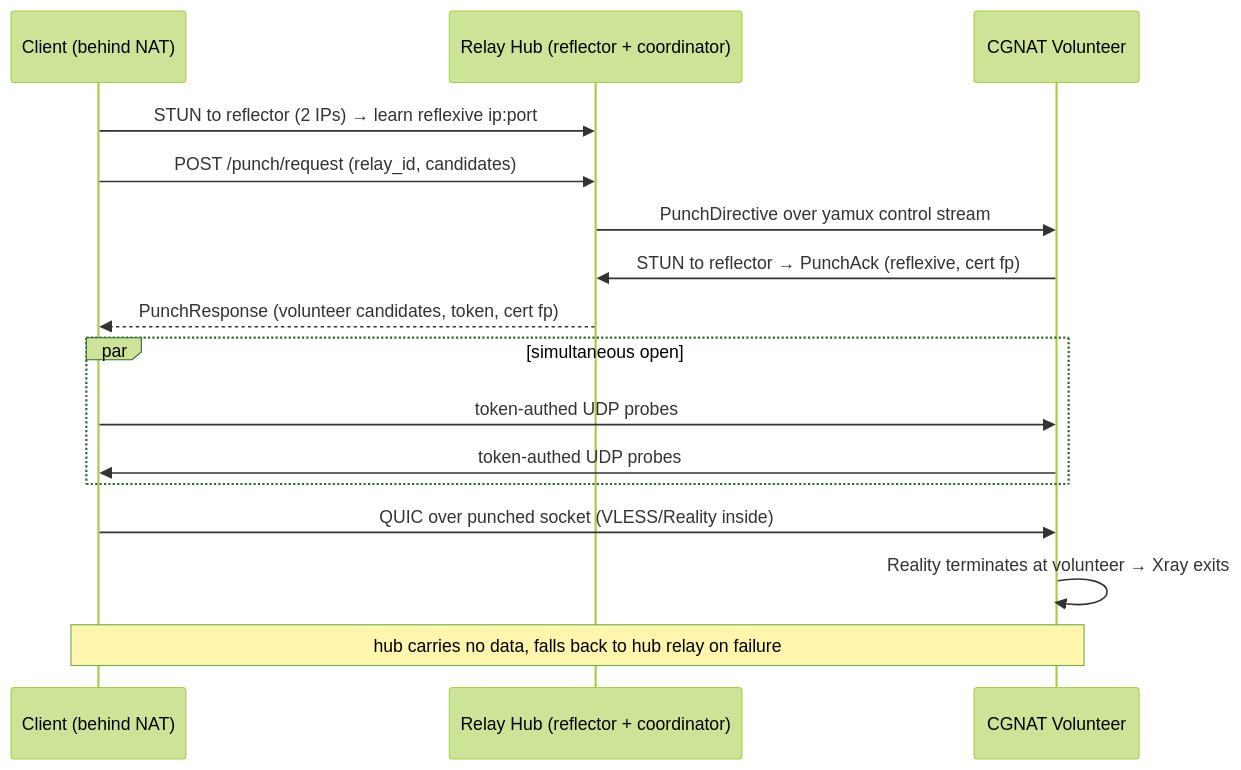
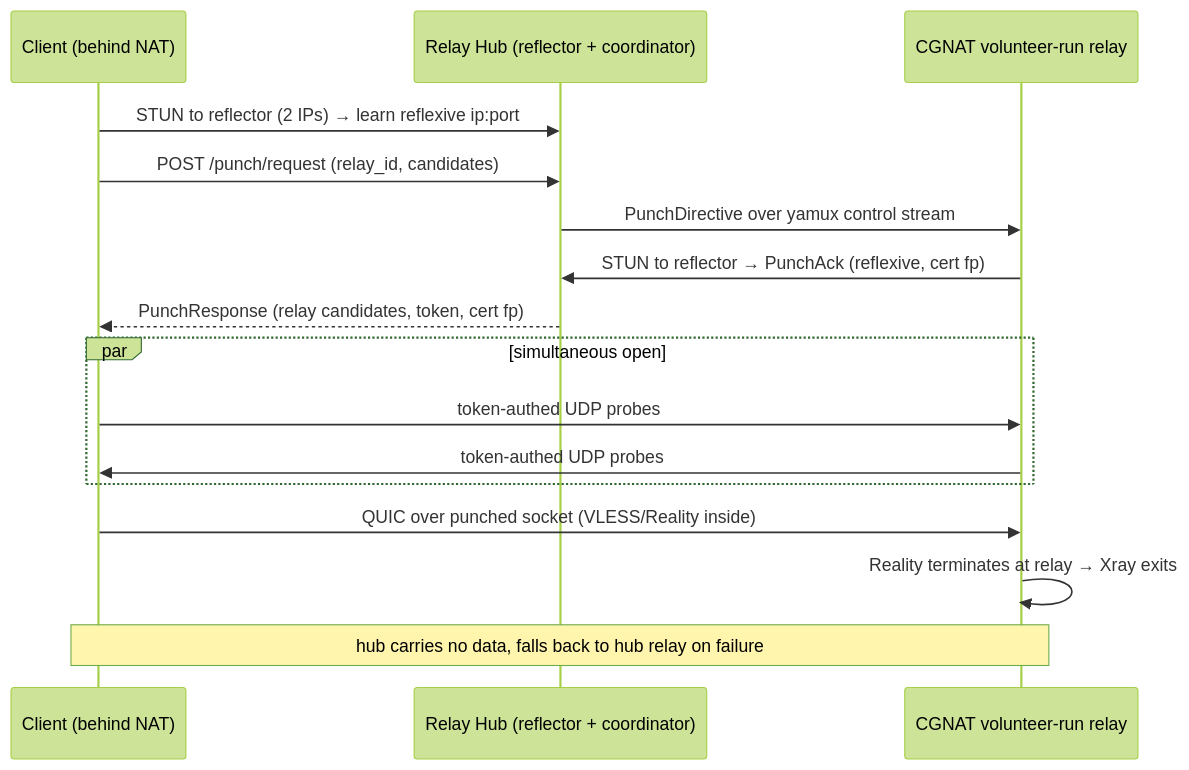
One commit to openrung/openrung changed the first of 3 diagrams in docs/architecture.md. Above: the diagram before and after it, drawn with Mermaid (forest theme). The commit also changed other lines of this file and 85 other files, not shown here.

````diff
--- a/docs/architecture.md
+++ b/docs/architecture.md
@@ -169,19 +188,19 @@
 ```mermaid
 sequenceDiagram
     participant C as Client (behind NAT)
     participant H as Relay Hub (reflector + coordinator)
-    participant V as CGNAT Volunteer
+    participant V as CGNAT volunteer-run relay
 
     C->>H: STUN to reflector (2 IPs) → learn reflexive ip:port
     C->>H: POST /punch/request (relay_id, candidates)
     H->>V: PunchDirective over yamux control stream
     V->>H: STUN to reflector → PunchAck (reflexive, cert fp)
-    H-->>C: PunchResponse (volunteer candidates, token, cert fp)
+    H-->>C: PunchResponse (relay candidates, token, cert fp)
     par simultaneous open
         C->>V: token-authed UDP probes
         V->>C: token-authed UDP probes
     end
     C->>V: QUIC over punched socket (VLESS/Reality inside)
-    V->>V: Reality terminates at volunteer → Xray exits
+    V->>V: Reality terminates at relay → Xray exits
     Note over C,V: hub carries no data, falls back to hub relay on failure
 ```
````
